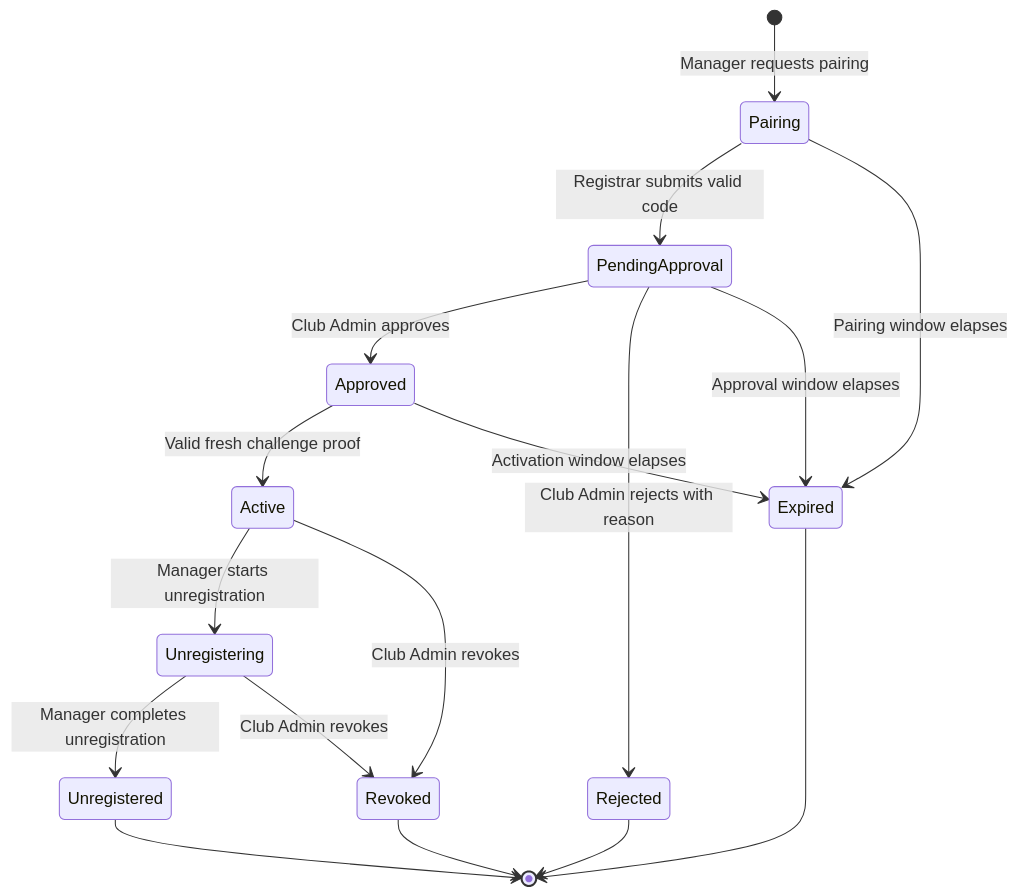
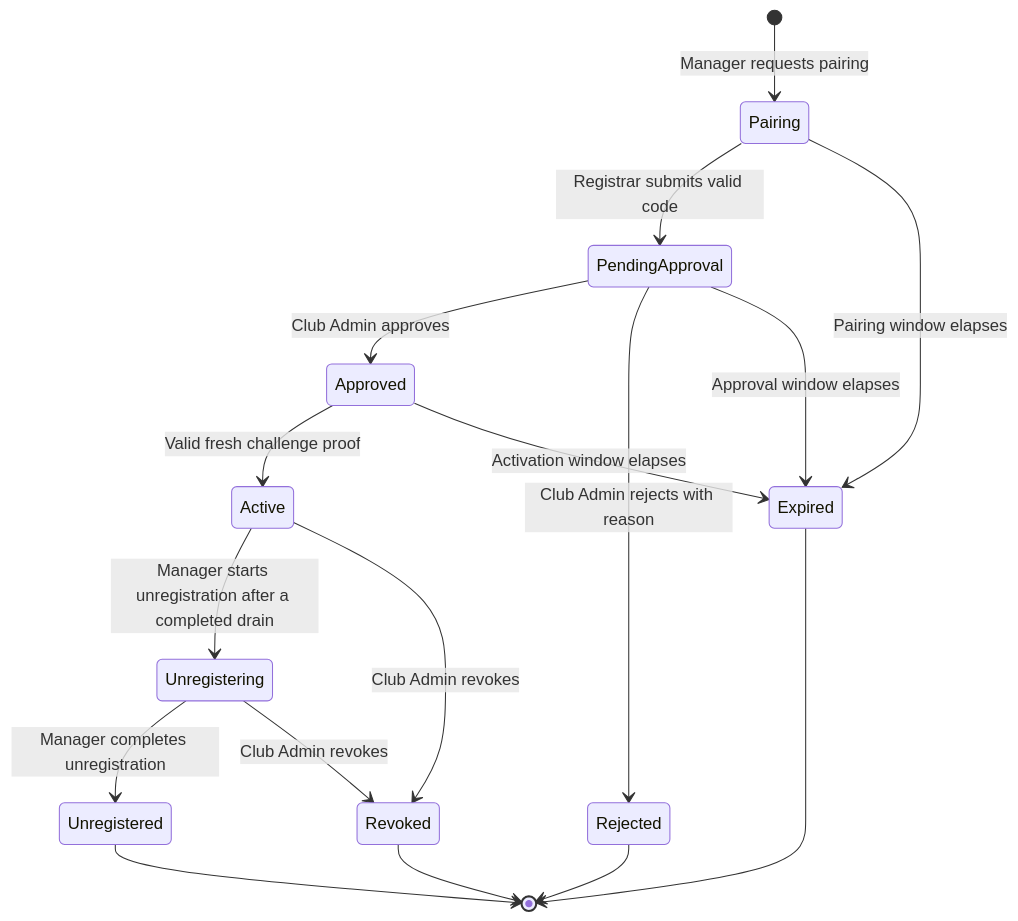
Before and after one commit to markusheiliger/socalytics: the first of 3 diagrams in specs/20261005-130704-analyst-manager-registration/data-model.md, drawn with Mermaid. The commit also changed other lines of this file and 46 other files, not shown here.

````diff
--- a/specs/20261005-130704-analyst-manager-registration/data-model.md
+++ b/specs/20261005-130704-analyst-manager-registration/data-model.md
@@ -80,19 +80,19 @@
 ```mermaid
 stateDiagram-v2
   [*] --> Pairing: Manager requests pairing
   Pairing --> PendingApproval: Registrar submits valid code
   Pairing --> Expired: Pairing window elapses
   PendingApproval --> Approved: Club Admin approves
   PendingApproval --> Rejected: Club Admin rejects with reason
   PendingApproval --> Expired: Approval window elapses
   Approved --> Active: Valid fresh challenge proof
   Approved --> Expired: Activation window elapses
-  Active --> Unregistering: Manager starts unregistration
+  Active --> Unregistering: Manager starts unregistration after a completed drain
   Unregistering --> Unregistered: Manager completes unregistration
   Active --> Revoked: Club Admin revokes
   Unregistering --> Revoked: Club Admin revokes
   Unregistered --> [*]
   Rejected --> [*]
   Expired --> [*]
   Revoked --> [*]
 ```
````
